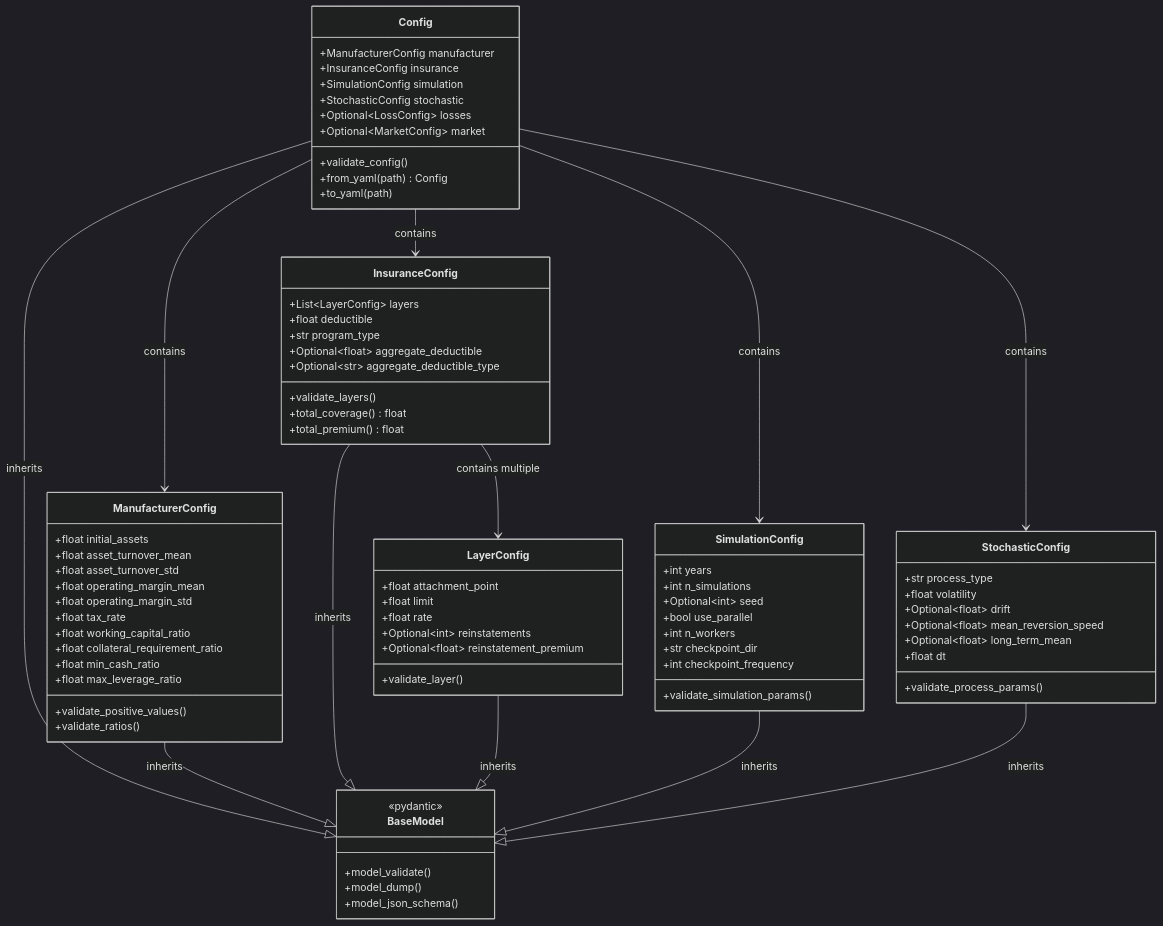
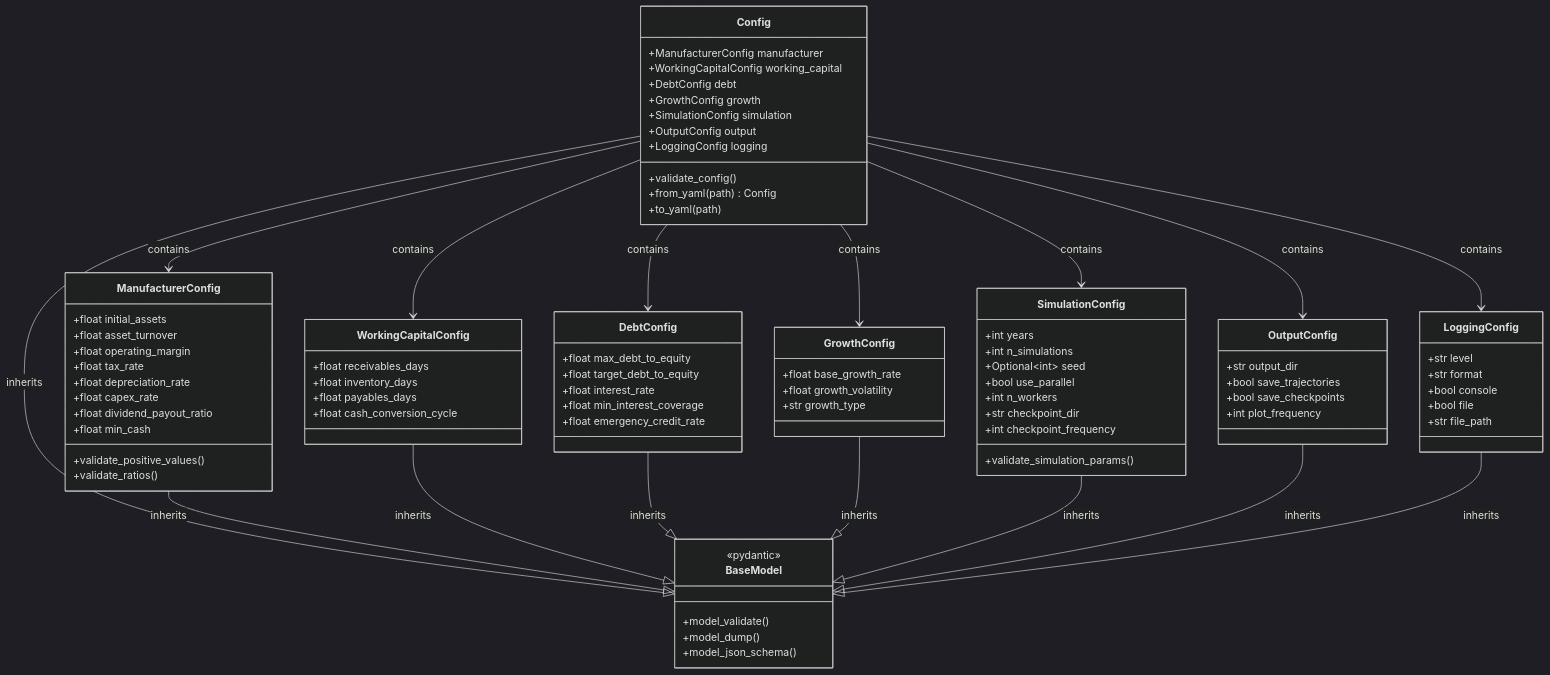
Before and after one commit to AlexFiliakov/Ergodic-Insurance-Limits: the first of 6 diagrams in ergodic_insurance/docs/architecture/class_diagrams/data_models.md, drawn with Mermaid (dark theme). The commit also changed 4 other files, not shown here.

First line of the commit message:
docs: enhance API documentation and architecture diagrams

````diff
--- a/ergodic_insurance/docs/architecture/class_diagrams/data_models.md
+++ b/ergodic_insurance/docs/architecture/class_diagrams/data_models.md
@@ -16,11 +16,12 @@
 
     class Config {
         +ManufacturerConfig manufacturer
-        +InsuranceConfig insurance
+        +WorkingCapitalConfig working_capital
+        +DebtConfig debt
+        +GrowthConfig growth
         +SimulationConfig simulation
-        +StochasticConfig stochastic
-        +Optional~LossConfig~ losses
-        +Optional~MarketConfig~ market
+        +OutputConfig output
+        +LoggingConfig logging
         +validate_config()
         +from_yaml(path) Config
         +to_yaml(path)
@@ -28,37 +29,30 @@
 
     class ManufacturerConfig {
         +float initial_assets
-        +float asset_turnover_mean
-        +float asset_turnover_std
-        +float operating_margin_mean
-        +float operating_margin_std
+        +float asset_turnover
+        +float operating_margin
         +float tax_rate
-        +float working_capital_ratio
-        +float collateral_requirement_ratio
-        +float min_cash_ratio
-        +float max_leverage_ratio
+        +float depreciation_rate
+        +float capex_rate
+        +float dividend_payout_ratio
+        +float min_cash
         +validate_positive_values()
         +validate_ratios()
     }
 
-    class InsuranceConfig {
-        +List~LayerConfig~ layers
-        +float deductible
-        +str program_type
-        +Optional~float~ aggregate_deductible
-        +Optional~str~ aggregate_deductible_type
-        +validate_layers()
-        +total_coverage() float
-        +total_premium() float
+    class WorkingCapitalConfig {
+        +float receivables_days
+        +float inventory_days
+        +float payables_days
+        +float cash_conversion_cycle
     }
 
-    class LayerConfig {
-        +float attachment_point
-        +float limit
-        +float rate
-        +Optional~int~ reinstatements
-        +Optional~float~ reinstatement_premium
-        +validate_layer()
+    class DebtConfig {
+        +float max_debt_to_equity
+        +float target_debt_to_equity
+        +float interest_rate
+        +float min_interest_coverage
+        +float emergency_credit_rate
     }
 
     class SimulationConfig {
@@ -72,26 +66,41 @@
         +validate_simulation_params()
     }
 
-    class StochasticConfig {
-        +str process_type
-        +float volatility
-        +Optional~float~ drift
-        +Optional~float~ mean_reversion_speed
-        +Optional~float~ long_term_mean
-        +float dt
-        +validate_process_params()
+    class GrowthConfig {
+        +float base_growth_rate
+        +float growth_volatility
+        +str growth_type
+    }
+
+    class OutputConfig {
+        +str output_dir
+        +bool save_trajectories
+        +bool save_checkpoints
+        +int plot_frequency
+    }
+
+    class LoggingConfig {
+        +str level
+        +str format
+        +bool console
+        +bool file
+        +str file_path
     }
 
     Config --|> BaseModel: inherits
     ManufacturerConfig --|> BaseModel: inherits
-    InsuranceConfig --|> BaseModel: inherits
-    LayerConfig --|> BaseModel: inherits
+    WorkingCapitalConfig --|> BaseModel: inherits
+    DebtConfig --|> BaseModel: inherits
+    GrowthConfig --|> BaseModel: inherits
     SimulationConfig --|> BaseModel: inherits
-    StochasticConfig --|> BaseModel: inherits
+    OutputConfig --|> BaseModel: inherits
+    LoggingConfig --|> BaseModel: inherits
 
     Config --> ManufacturerConfig: contains
-    Config --> InsuranceConfig: contains
+    Config --> WorkingCapitalConfig: contains
+    Config --> DebtConfig: contains
+    Config --> GrowthConfig: contains
     Config --> SimulationConfig: contains
-    Config --> StochasticConfig: contains
-    InsuranceConfig --> LayerConfig: contains multiple
+    Config --> OutputConfig: contains
+    Config --> LoggingConfig: contains
 ```
````
